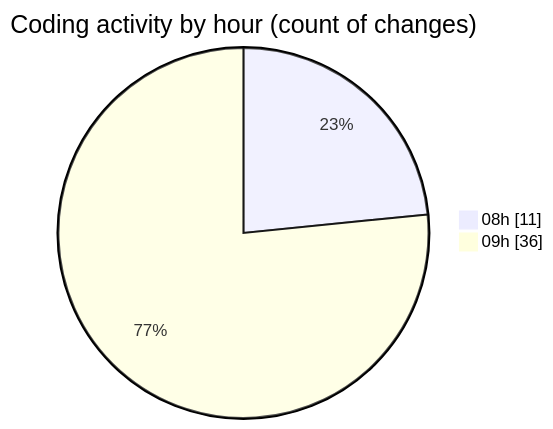
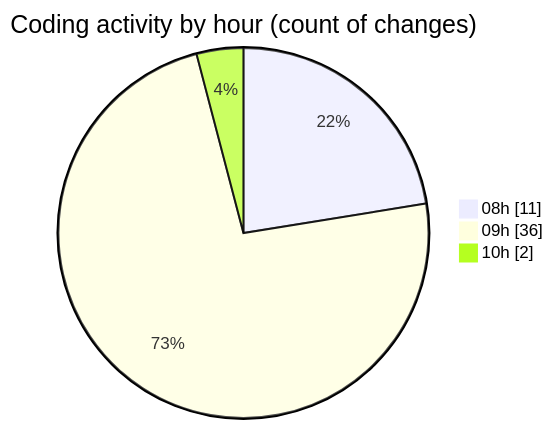
One commit to MatusMokan/code-tracking changed the second of 2 diagrams in 2025-11-15/untitled__workspace_/README.md. Above: the diagram before and after it, drawn with Mermaid. The commit also changed other lines of this file and 1 other file, not shown here.

````diff
--- a/2025-11-15/untitled__workspace_/README.md
+++ b/2025-11-15/untitled__workspace_/README.md
@@ -35,6 +35,7 @@
 ```mermaid
 pie showData
 title Coding activity by hour (count of changes)
 "08h" : 11
 "09h" : 36
+"10h" : 2
 ```
````
